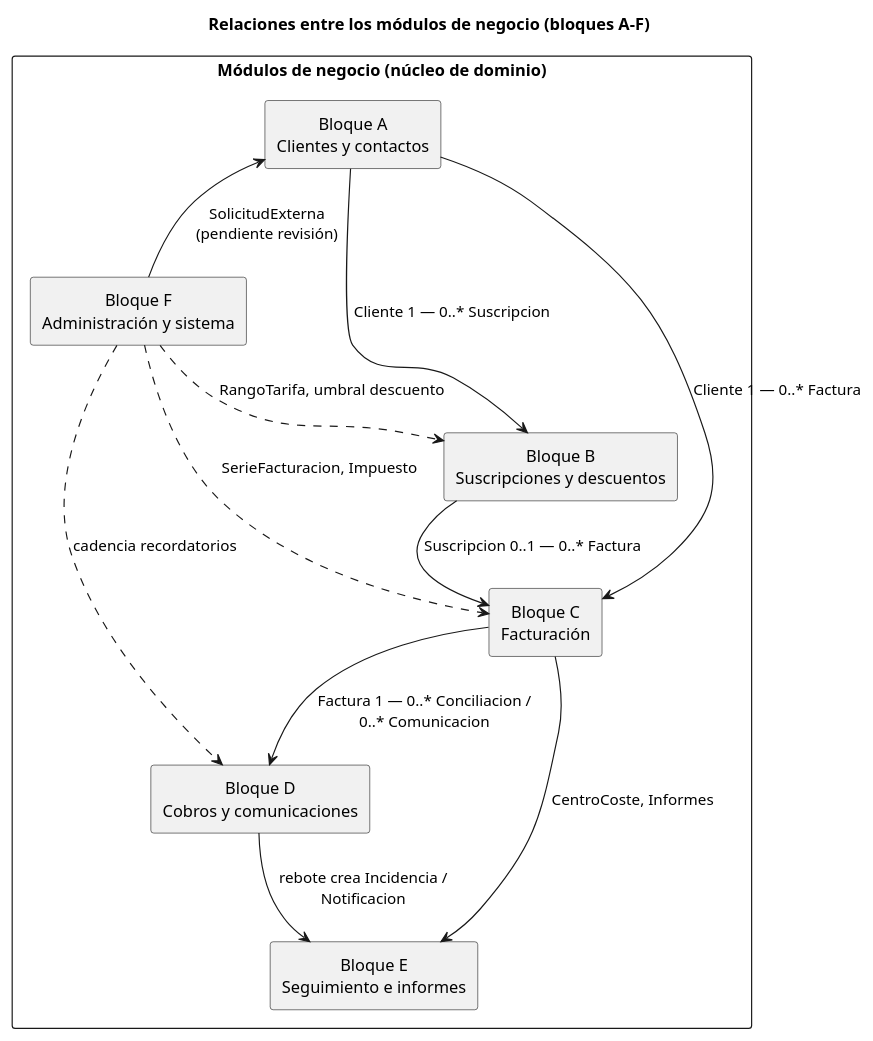
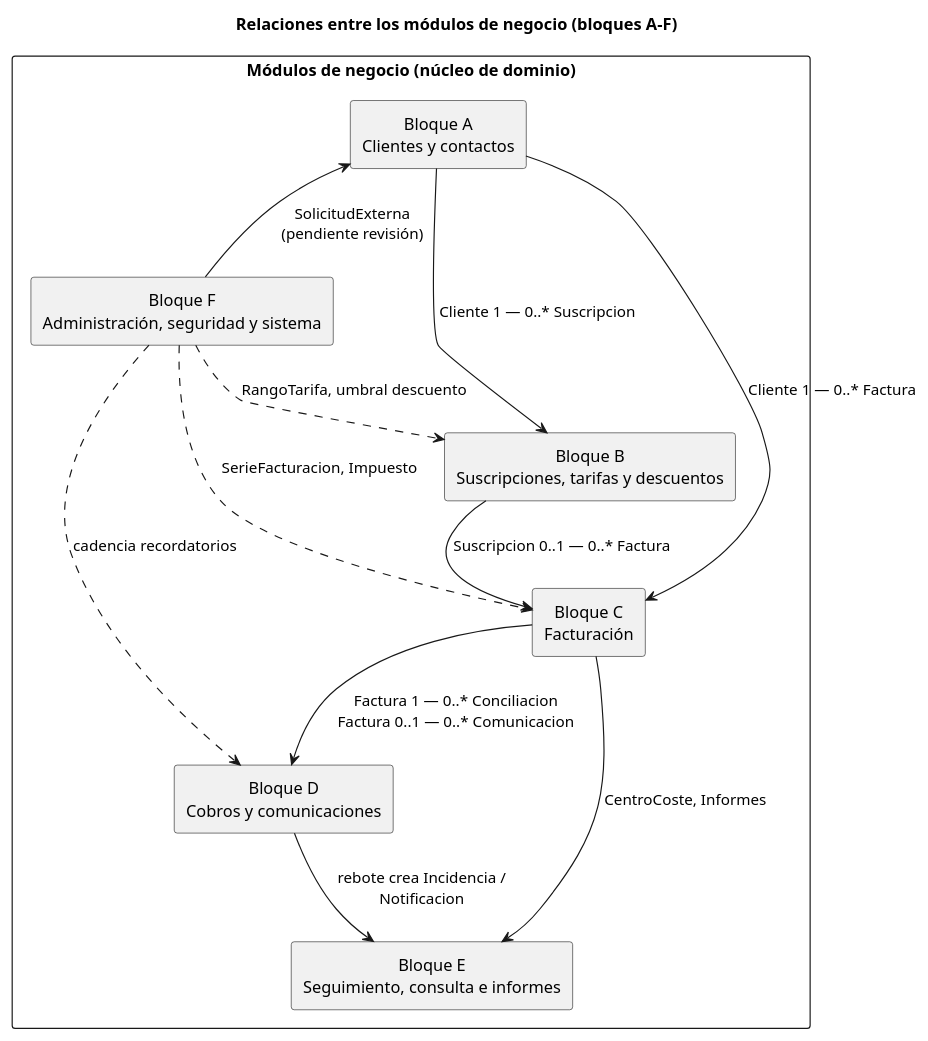
Before and after one commit to suqihao-star/JIRAFAS: the diagram in entrega2/diagramas/arquitectura_dominio.puml, drawn with PlantUML. The commit also changed 2 other files, not shown here.

Commit message:
fix(entrega2): alinea arquitectura con ER y clases

```diff
--- a/entrega2/diagramas/arquitectura_dominio.puml
+++ b/entrega2/diagramas/arquitectura_dominio.puml
@@ -1,38 +1,38 @@
 @startuml arquitectura_dominio
 title Relaciones entre los módulos de negocio (bloques A-F)
 skinparam componentStyle rectangle
 skinparam packageStyle rectangle
 skinparam shadowing false
 skinparam defaultTextAlignment center
 skinparam nodesep 45
 skinparam ranksep 55
 top to bottom direction
 
 package "Módulos de negocio (núcleo de dominio)" as DOMINIO {
   [Bloque A\nClientes y contactos] as MA
-  [Bloque B\nSuscripciones y descuentos] as MB
+  [Bloque B\nSuscripciones, tarifas y descuentos] as MB
   [Bloque C\nFacturación] as MC
   [Bloque D\nCobros y comunicaciones] as MD
-  [Bloque E\nSeguimiento e informes] as ME
-  [Bloque F\nAdministración y sistema] as MF
+  [Bloque E\nSeguimiento, consulta e informes] as ME
+  [Bloque F\nAdministración, seguridad y sistema] as MF
 
   MA -[hidden]right- MB
   MB -[hidden]right- MC
   MF -[hidden]right- MD
   MD -[hidden]right- ME
   MA -[hidden]down- MF
   MB -[hidden]down- MD
   MC -[hidden]down- ME
 }
 
 MA --> MB : Cliente 1 — 0..* Suscripcion
 MB --> MC : Suscripcion 0..1 — 0..* Factura
 MA --> MC : Cliente 1 — 0..* Factura
-MC --> MD : Factura 1 — 0..* Conciliacion /\n0..* Comunicacion
+MC --> MD : Factura 1 — 0..* Conciliacion\nFactura 0..1 — 0..* Comunicacion
 MD --> ME : rebote crea Incidencia /\nNotificacion
 MC --> ME : CentroCoste, Informes
 MF ..> MC : SerieFacturacion, Impuesto
 MF ..> MB : RangoTarifa, umbral descuento
 MF ..> MD : cadencia recordatorios
 MF --> MA : SolicitudExterna\n(pendiente revisión)
 @enduml
```
